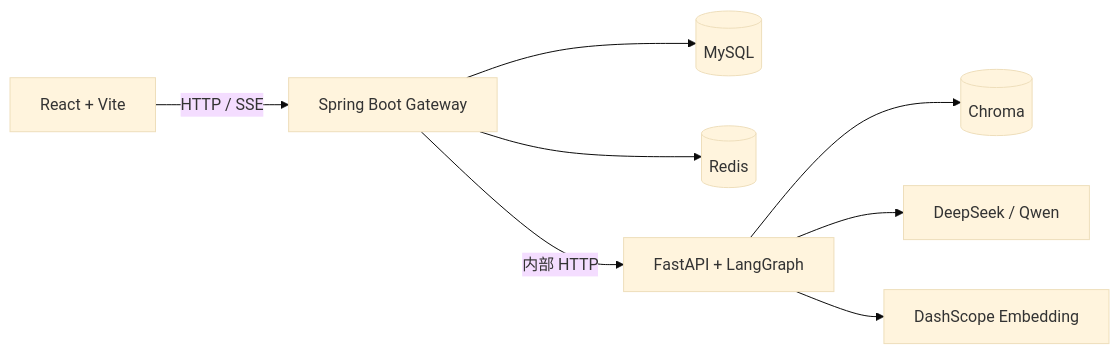
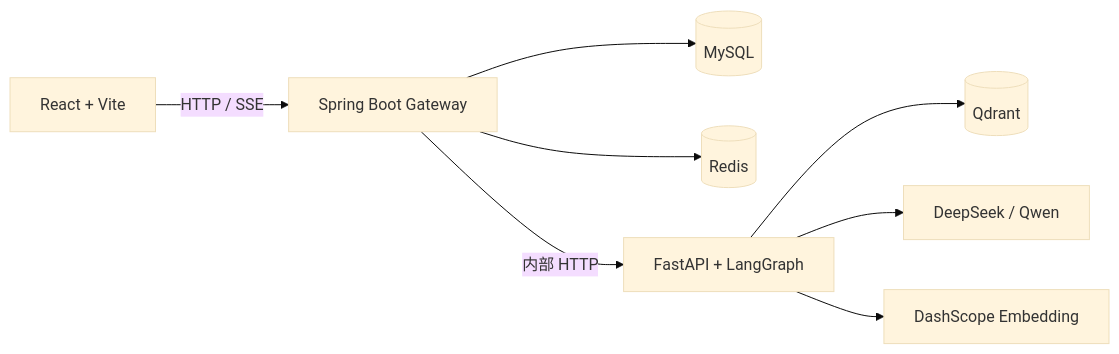
Before and after one commit to CoderDongHuang/Mneme: the diagram in README.md, drawn with Mermaid (base theme). The commit also changed other lines of this file and 64 other files, not shown here.

Commit message:
fix: replace vulnerable Chroma runtime with verified Qdrant migration

````diff
--- a/README.md
+++ b/README.md
@@ -70,10 +70,10 @@
 ```mermaid
 flowchart LR
     U["React + Vite"] -->|"HTTP / SSE"| J["Spring Boot Gateway"]
     J --> M[(MySQL)]
     J --> R[(Redis)]
     J -->|"内部 HTTP"| P["FastAPI + LangGraph"]
-    P --> C[(Chroma)]
+    P --> C[(Qdrant)]
     P --> D["DeepSeek / Qwen"]
     P --> E["DashScope Embedding"]
 ```
````
